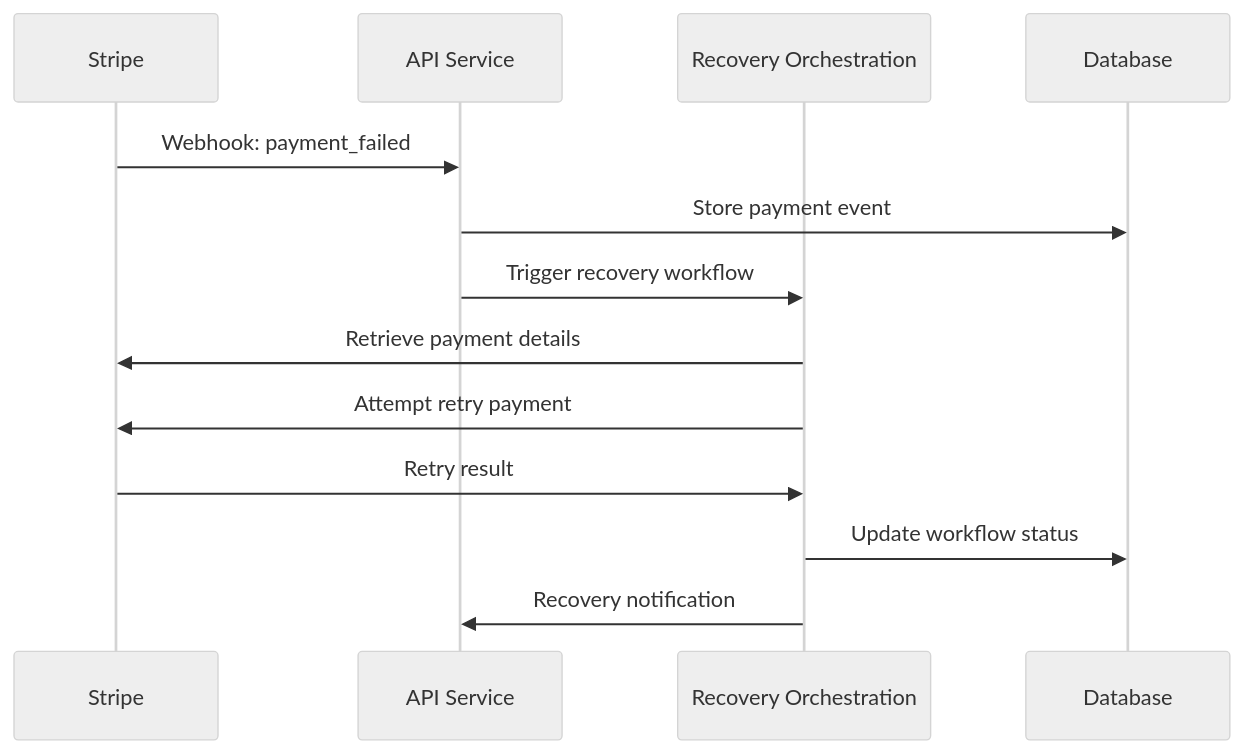
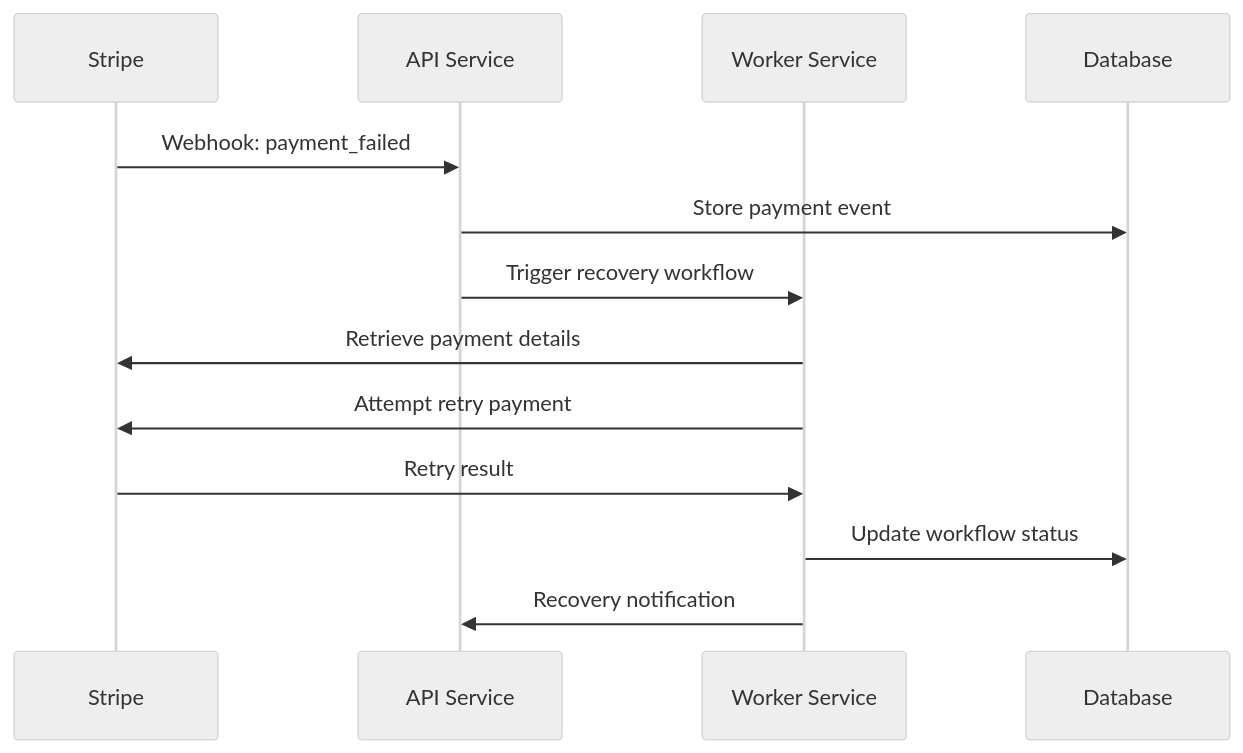
Before and after one commit to sambitmohanty1/payment-watchdog: the second of 2 diagrams in SOLUTION_DESIGN_DOCUMENT.md, drawn with Mermaid (neutral theme). The commit also changed other lines of this file and 6 other files, not shown here.

````diff
--- a/SOLUTION_DESIGN_DOCUMENT.md
+++ b/SOLUTION_DESIGN_DOCUMENT.md
@@ -376,16 +337,16 @@
 ```mermaid
 sequenceDiagram
     participant SP as Stripe
     participant API as API Service
-    participant RO as Recovery Orchestration
+    participant WRK as Worker Service
     participant DB as Database
     
     SP->>API: Webhook: payment_failed
     API->>DB: Store payment event
-    API->>RO: Trigger recovery workflow
-    RO->>SP: Retrieve payment details
-    RO->>SP: Attempt retry payment
-    SP->>RO: Retry result
-    RO->>DB: Update workflow status
-    RO->>API: Recovery notification
+    API->>WRK: Trigger recovery workflow
+    WRK->>SP: Retrieve payment details
+    WRK->>SP: Attempt retry payment
+    SP->>WRK: Retry result
+    WRK->>DB: Update workflow status
+    WRK->>API: Recovery notification
 ```
````
